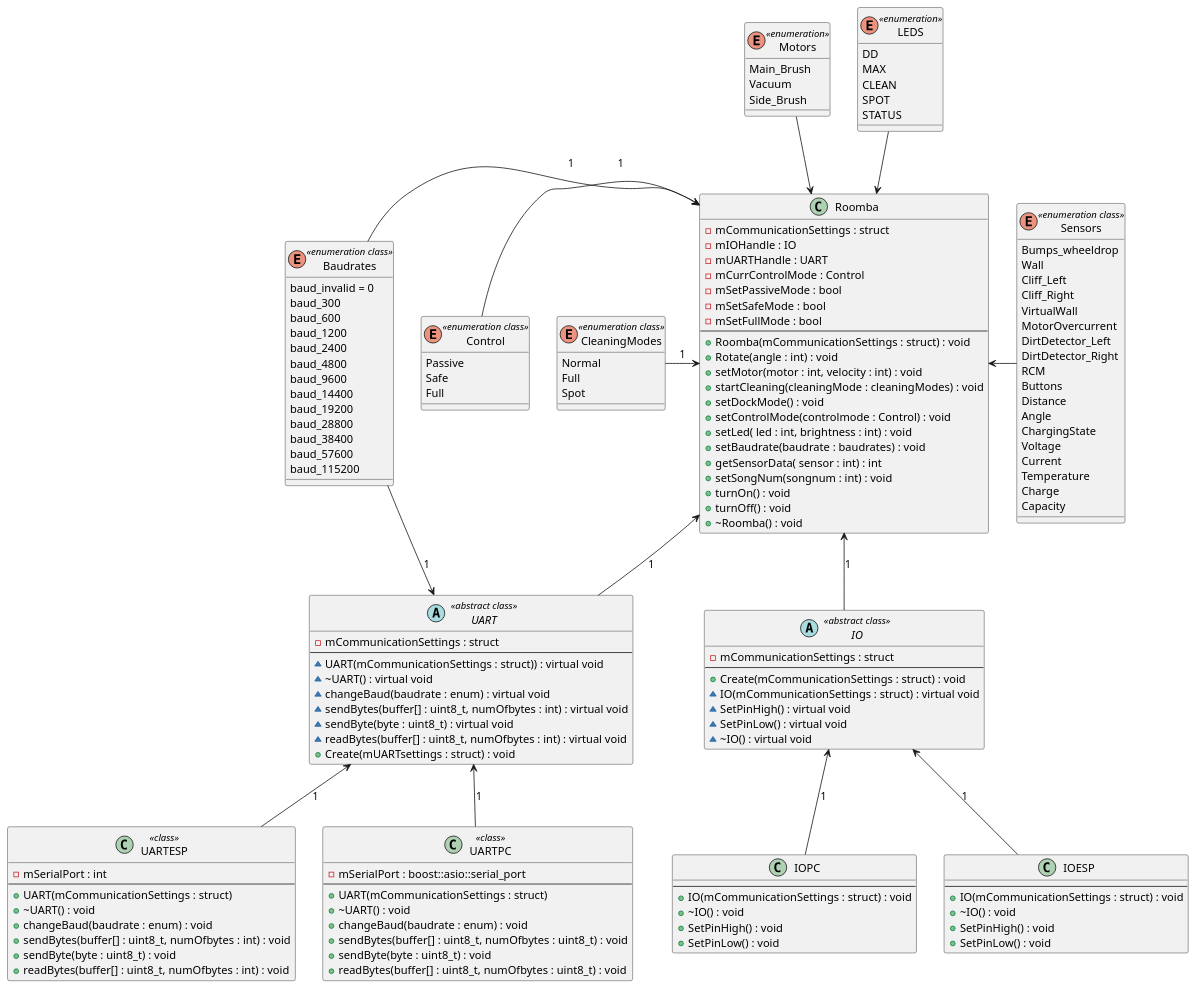
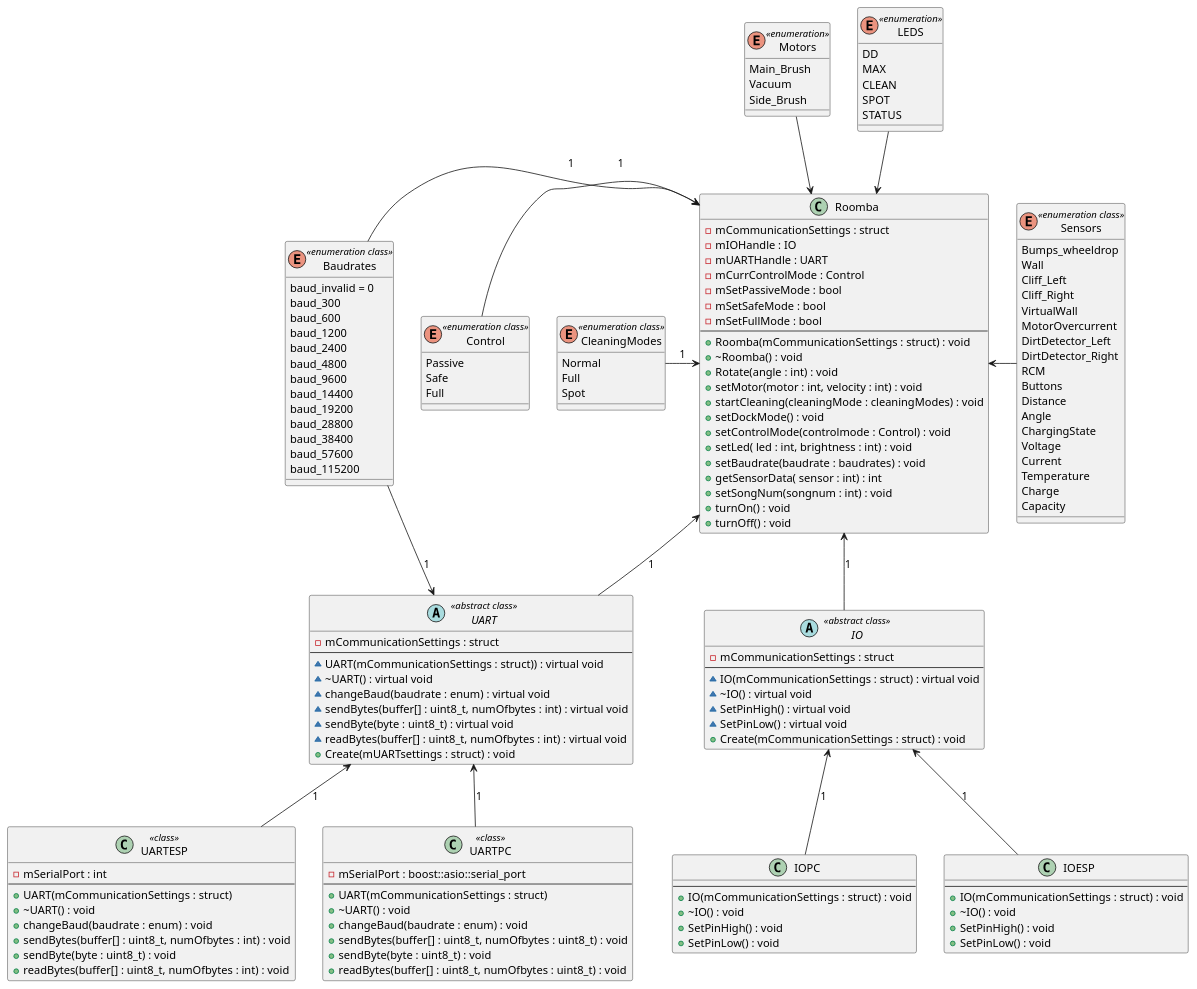
The diagram in Documentatie/Diagrammen/Roomba class diagram .puml (Hoog-V/Roomba_project_cpp), drawn with PlantUML before and after one commit. The commit also changed other lines of this file, not shown here.

```diff
--- a/Documentatie/Diagrammen/Roomba class diagram .puml
+++ b/Documentatie/Diagrammen/Roomba class diagram .puml
@@ -1,188 +1,188 @@
 @startuml Roomba
 
 class Roomba 
 enum CleaningModes <<enumeration class>>
 enum LEDS <<enumeration>>
 enum Motors <<enumeration>>
 enum Control <<enumeration class>>
 enum Sensors <<enumeration class>>
 
 
 abstract class UART <<abstract class>>
 class UARTESP <<class>>
 class UARTPC <<class>>
 
 abstract class IO <<abstract class>>
 
 enum Baudrates <<enumeration class>>
 
 Roomba <-left- CleaningModes : 1
 Roomba <-up- LEDS
 Roomba <-up- Motors 
 Roomba <-left- Control : 1
 Roomba <-right- Sensors
 Roomba <-down- UART : 1
 Roomba <-left- Baudrates : 1
 
 UART <-down- UARTPC :1
 UART <-down- UARTESP:1
 
 UART <-left- Baudrates : 1
 
 Roomba <-down- IO : 1
 IO <-down- IOPC : 1
 IO <-down- IOESP :1
 
 
 
 
 class Roomba {
   - mCommunicationSettings : struct
   - mIOHandle : IO
   - mUARTHandle : UART
   - mCurrControlMode : Control
   - mSetPassiveMode : bool
   - mSetSafeMode : bool
   - mSetFullMode : bool
   --
   + Roomba(mCommunicationSettings : struct) : void
+  + ~Roomba() : void
   + Rotate(angle : int) : void
   + setMotor(motor : int, velocity : int) : void
   + startCleaning(cleaningMode : cleaningModes) : void
   + setDockMode() : void
   + setControlMode(controlmode : Control) : void
   + setLed( led : int, brightness : int) : void
   + setBaudrate(baudrate : baudrates) : void
   + getSensorData( sensor : int) : int
   + setSongNum(songnum : int) : void
   + turnOn() : void
   + turnOff() : void
-  + ~Roomba() : void
 }
 
 enum LEDS {
 DD
 MAX
 CLEAN
 SPOT
 STATUS
 }
 
 enum Motors {
 Main_Brush
 Vacuum
 Side_Brush
 }
 
 enum Baudrates {
 baud_invalid = 0
 baud_300
 baud_600
 baud_1200
 baud_2400
 baud_4800
 baud_9600
 baud_14400
 baud_19200
 baud_28800
 baud_38400
 baud_57600
 baud_115200
 }
 
 enum CleaningModes {
 Normal
 Full
 Spot
 }
 
 enum Control {
 Passive
 Safe
 Full
 }
 
 enum Sensors {
 Bumps_wheeldrop
 Wall
 Cliff_Left
 Cliff_Right
 VirtualWall
 MotorOvercurrent
 DirtDetector_Left
 DirtDetector_Right
 RCM
 Buttons
 Distance
 Angle
 ChargingState
 Voltage
 Current
 Temperature
 Charge
 Capacity
 }
 
 
 abstract class IO {
 - mCommunicationSettings : struct
 --
-+ Create(mCommunicationSettings : struct) : void
 ~ IO(mCommunicationSettings : struct) : virtual void
+~ ~IO() : virtual void
 ~ SetPinHigh() : virtual void
 ~ SetPinLow() : virtual void
-~ ~IO() : virtual void
++ Create(mCommunicationSettings : struct) : void
 }
 
 class IOPC {
 --
 + IO(mCommunicationSettings : struct) : void
 + ~IO() : void
 + SetPinHigh() : void
 + SetPinLow() : void
 }
 
 class IOESP{
 --
 + IO(mCommunicationSettings : struct) : void
 + ~IO() : void
 + SetPinHigh() : void
 + SetPinLow() : void
 }
 
 
 abstract class UART{
 - mCommunicationSettings : struct
 --
 ~ UART(mCommunicationSettings : struct)) : virtual void
 ~ ~UART() : virtual void
 ~ changeBaud(baudrate : enum) : virtual void
 ~ sendBytes(buffer[] : uint8_t, numOfbytes : int) : virtual void
 ~ sendByte(byte : uint8_t) : virtual void
 ~ readBytes(buffer[] : uint8_t, numOfbytes : int) : virtual void
 + Create(mUARTsettings : struct) : void
 }
 
 class UARTPC {
 - mSerialPort : boost::asio::serial_port
 --
 + UART(mCommunicationSettings : struct)
 + ~UART() : void
 + changeBaud(baudrate : enum) : void
 + sendBytes(buffer[] : uint8_t, numOfbytes : uint8_t) : void
 + sendByte(byte : uint8_t) : void
 + readBytes(buffer[] : uint8_t, numOfbytes : uint8_t) : void
 }
 
 class UARTESP {
 - mSerialPort : int
 --
 + UART(mCommunicationSettings : struct)
 + ~UART() : void
 + changeBaud(baudrate : enum) : void
 + sendBytes(buffer[] : uint8_t, numOfbytes : int) : void
 + sendByte(byte : uint8_t) : void
 + readBytes(buffer[] : uint8_t, numOfbytes : int) : void
 }
 
 @enduml
```
